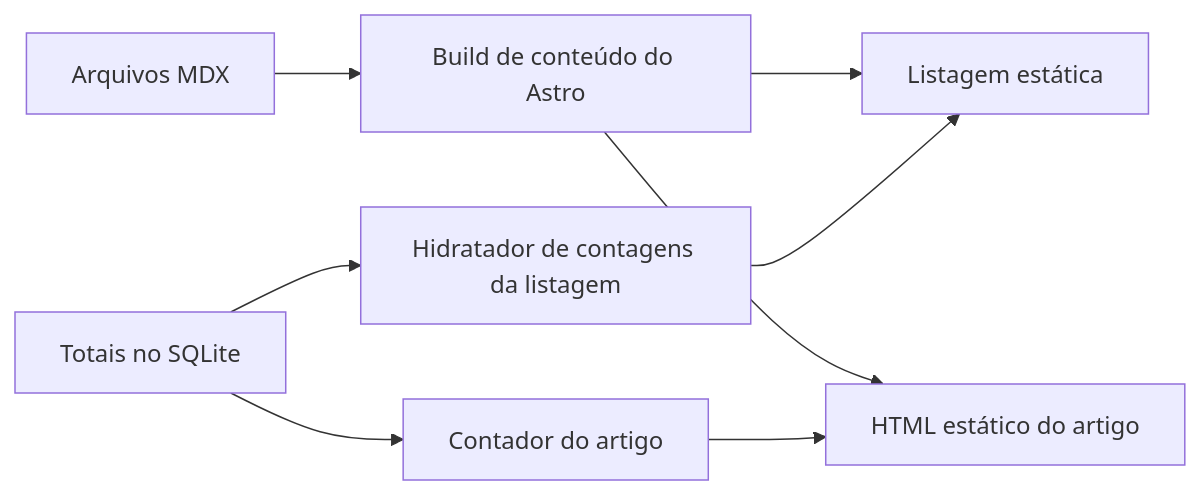
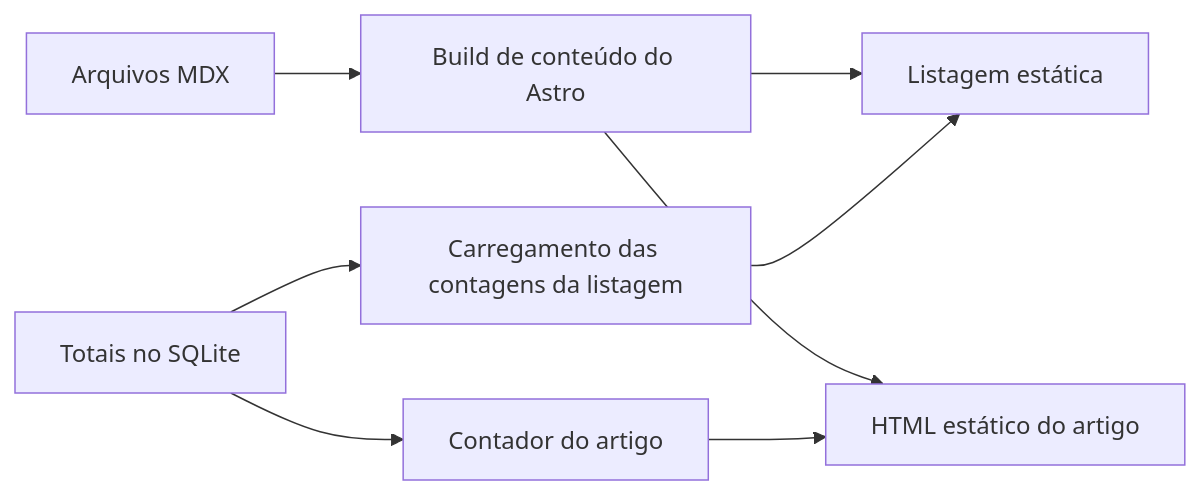
Before and after one commit to ErickCReis/ErickCReis: the first of 3 diagrams in web/content/blog/the-blog-layer-static-pages-live-view-counts.pt-BR.mdx, drawn with Mermaid. The commit also changed other lines of this file and 11 other files, not shown here.

````diff
--- a/web/content/blog/the-blog-layer-static-pages-live-view-counts.pt-BR.mdx
+++ b/web/content/blog/the-blog-layer-static-pages-live-view-counts.pt-BR.mdx
@@ -14,10 +14,10 @@
 ```mermaid center
 flowchart LR
   MDX["Arquivos MDX"] --> Build["Build de conteúdo do Astro"]
   Build --> Archive["Listagem estática"]
   Build --> Article["HTML estático do artigo"]
-  SQLite["Totais no SQLite"] --> ReadIsland["Hidratador de contagens da listagem"]
+  SQLite["Totais no SQLite"] --> ReadIsland["Carregamento das contagens da listagem"]
   SQLite --> CountIsland["Contador do artigo"]
   ReadIsland --> Archive
   CountIsland --> Article
 ```
````
